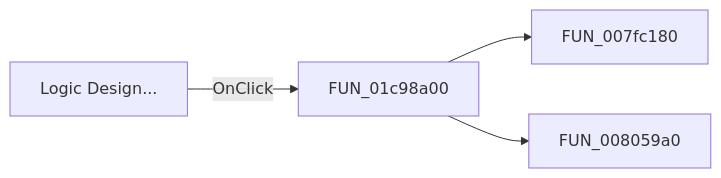
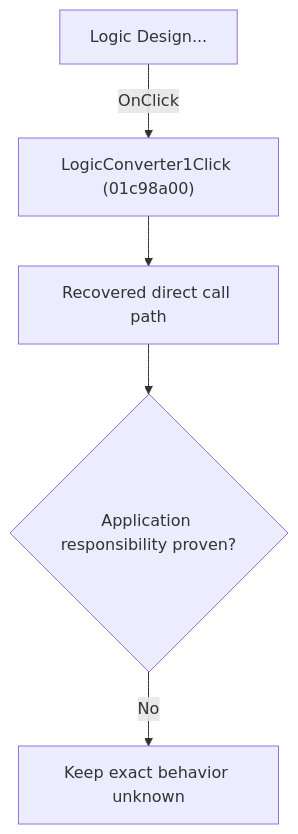
The diagram in docs/ui-controls/schematiceditor/logicconverter1-43982c68bd.md (MovGP0/TIARA), drawn with Mermaid before and after one commit. The commit also changed other lines of this file and 1062 other files, not shown here.

````diff
--- a/docs/ui-controls/schematiceditor/logicconverter1-43982c68bd.md
+++ b/docs/ui-controls/schematiceditor/logicconverter1-43982c68bd.md
@@ -27,6 +27,7 @@
 ```mermaid
-flowchart LR
-    control["Logic Design..."] -->|OnClick| handler["FUN_01c98a00"]
-    handler --> call1["FUN_007fc180"]
-    handler --> call2["FUN_008059a0"]
+flowchart TD
+    control["Logic Design..."] -->|"OnClick"| handler["LogicConverter1Click (01c98a00)"]
+    handler --> recovered["Recovered direct call path"]
+    recovered --> gap{"Application responsibility proven?"}
+    gap -->|"No"| blocked["Keep exact behavior unknown"]
 ```
````
